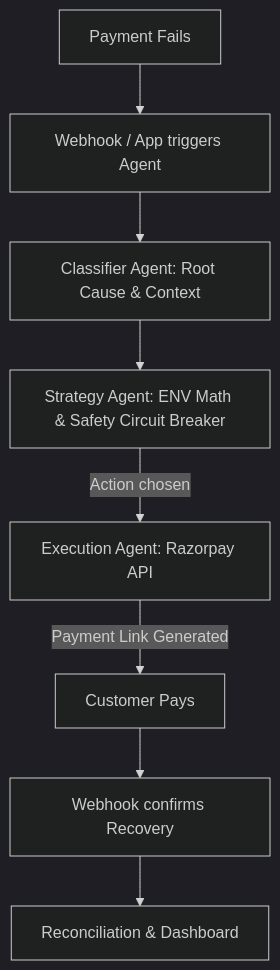
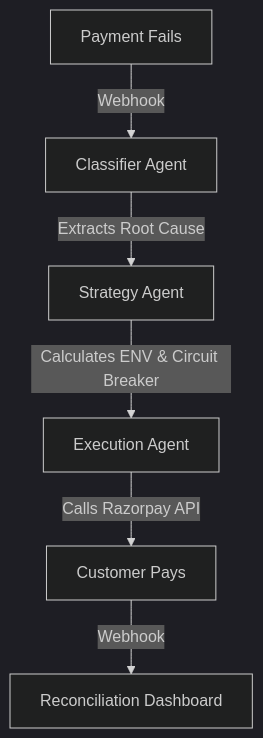
The diagram in README.md (manan28076/revenue-recovery-agent-), drawn with Mermaid (dark theme) before and after one commit. The commit also changed other lines of this file, not shown here.

````diff
--- a/README.md
+++ b/README.md
@@ -18,10 +18,8 @@
 ```mermaid
 graph TD;
-    A[Payment Fails] --> B[Webhook / App triggers Agent]
-    B --> C[Classifier Agent: Root Cause & Context]
-    C --> D[Strategy Agent: ENV Math & Safety Circuit Breaker]
-    D -->|Action chosen| E[Execution Agent: Razorpay API]
-    E -->|Payment Link Generated| F[Customer Pays]
-    F --> G[Webhook confirms Recovery]
-    G --> H[Reconciliation & Dashboard]
+    A[Payment Fails] -->|Webhook| B[Classifier Agent]
+    B -->|Extracts Root Cause| C[Strategy Agent]
+    C -->|Calculates ENV & Circuit Breaker| D[Execution Agent]
+    D -->|Calls Razorpay API| E[Customer Pays]
+    E -->|Webhook| F[Reconciliation Dashboard]
 ```
````
